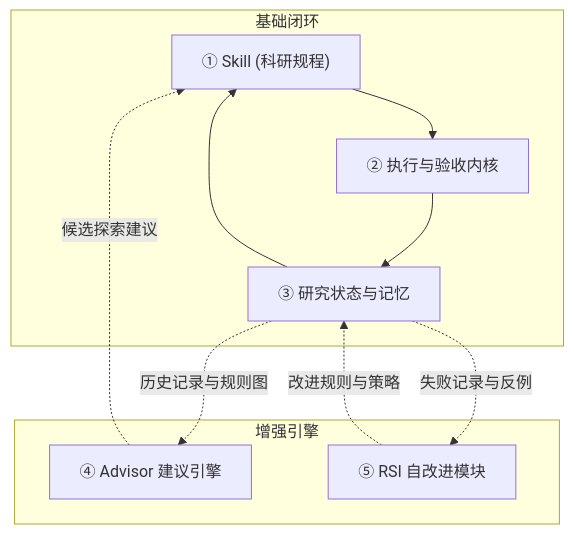
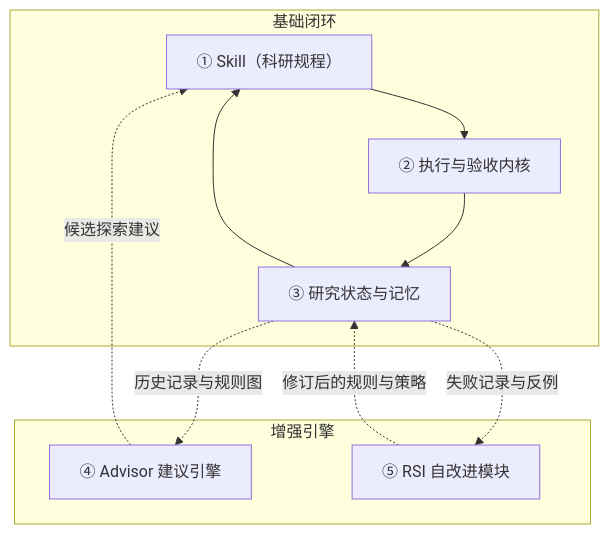
One commit to kongtou20070406/RDS changed the diagram in README.zh-CN.md. Above: the diagram before and after it, drawn with Mermaid. The commit also changed other lines of this file and 3 other files, not shown here.

````diff
--- a/README.zh-CN.md
+++ b/README.zh-CN.md
@@ -47,14 +47,14 @@
 ```mermaid
 flowchart TD
-    subgraph 基础闭环
-        S["① Skill (科研规程)"] --> K["② 执行与验收内核"]
+    subgraph Foundational_loop[基础闭环]
+        S["① Skill（科研规程）"] --> K["② 执行与验收内核"]
         K --> M["③ 研究状态与记忆"]
         M --> S
     end
-    subgraph 增强引擎
+    subgraph Enhancement_engines[增强引擎]
         M -. 历史记录与规则图 .-> A["④ Advisor 建议引擎"]
         A -. 候选探索建议 .-> S
         M -. 失败记录与反例 .-> R["⑤ RSI 自改进模块"]
-        R -. 改进规则与策略 .-> M
+        R -. 修订后的规则与策略 .-> M
     end
 ```
````
